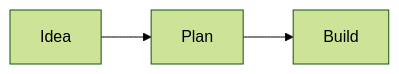
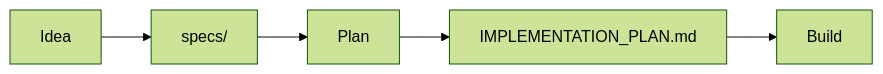
The diagram in README.md (zcox/ralph-template), drawn with Mermaid (forest theme) before and after one commit.

````diff
--- a/README.md
+++ b/README.md
@@ -10,5 +10,7 @@
 ```mermaid
 graph LR
-    A[Idea] --> B[Plan]
-    B --> C[Build]
+    A[Idea] --> B[specs/]
+    B --> C[Plan]
+    C --> D[IMPLEMENTATION_PLAN.md]
+    D --> E[Build]
 ```
````
